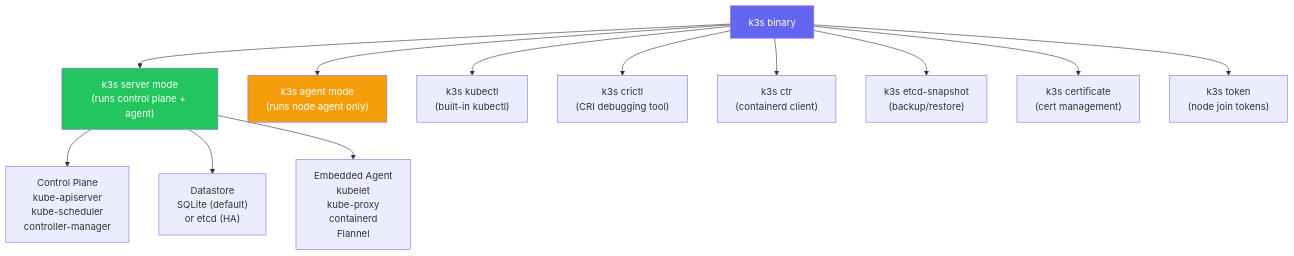
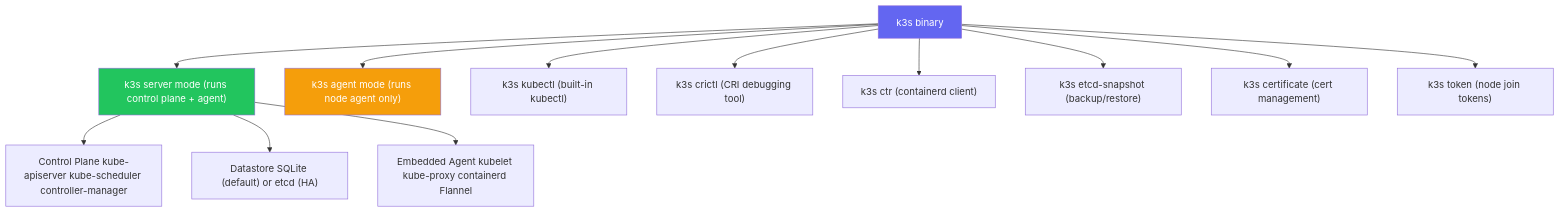
The third of 3 diagrams in 01_introduction/01_what_is_k3s.md (UncleJS/course_k3s), drawn with Mermaid before and after one commit. The commit also changed other lines of this file and 57 other files, not shown here.

First line of the commit message:
Fix docs rendering and join-token guidance

````diff
--- a/01_introduction/01_what_is_k3s.md
+++ b/01_introduction/01_what_is_k3s.md
@@ -154,20 +154,20 @@
 ```mermaid
 flowchart TD
     BIN["k3s binary"]
-    BIN --> SERVER["k3s server mode\n(runs control plane + agent)"]
-    BIN --> AGENT["k3s agent mode\n(runs node agent only)"]
-    BIN --> KUBECTL["k3s kubectl\n(built-in kubectl)"]
-    BIN --> CRICTL["k3s crictl\n(CRI debugging tool)"]
-    BIN --> CTR["k3s ctr\n(containerd client)"]
-    BIN --> ETCD["k3s etcd-snapshot\n(backup/restore)"]
-    BIN --> CERT["k3s certificate\n(cert management)"]
-    BIN --> TOKEN["k3s token\n(node join tokens)"]
+    BIN --> SERVER["k3s server mode (runs control plane + agent)"]
+    BIN --> AGENT["k3s agent mode (runs node agent only)"]
+    BIN --> KUBECTL["k3s kubectl (built-in kubectl)"]
+    BIN --> CRICTL["k3s crictl (CRI debugging tool)"]
+    BIN --> CTR["k3s ctr (containerd client)"]
+    BIN --> ETCD["k3s etcd-snapshot (backup/restore)"]
+    BIN --> CERT["k3s certificate (cert management)"]
+    BIN --> TOKEN["k3s token (node join tokens)"]
 
-    SERVER --> CP["Control Plane\nkube-apiserver\nkube-scheduler\ncontroller-manager"]
-    SERVER --> DS["Datastore\nSQLite (default)\nor etcd (HA)"]
-    SERVER --> AGENT2["Embedded Agent\nkubelet\nkube-proxy\ncontainerd\nFlannel"]
+    SERVER --> CP["Control Plane kube-apiserver kube-scheduler controller-manager"]
+    SERVER --> DS["Datastore SQLite (default) or etcd (HA)"]
+    SERVER --> AGENT2["Embedded Agent kubelet kube-proxy containerd Flannel"]
 
     style BIN fill:#6366f1,color:#fff
     style SERVER fill:#22c55e,color:#fff
     style AGENT fill:#f59e0b,color:#fff
 ```
````
